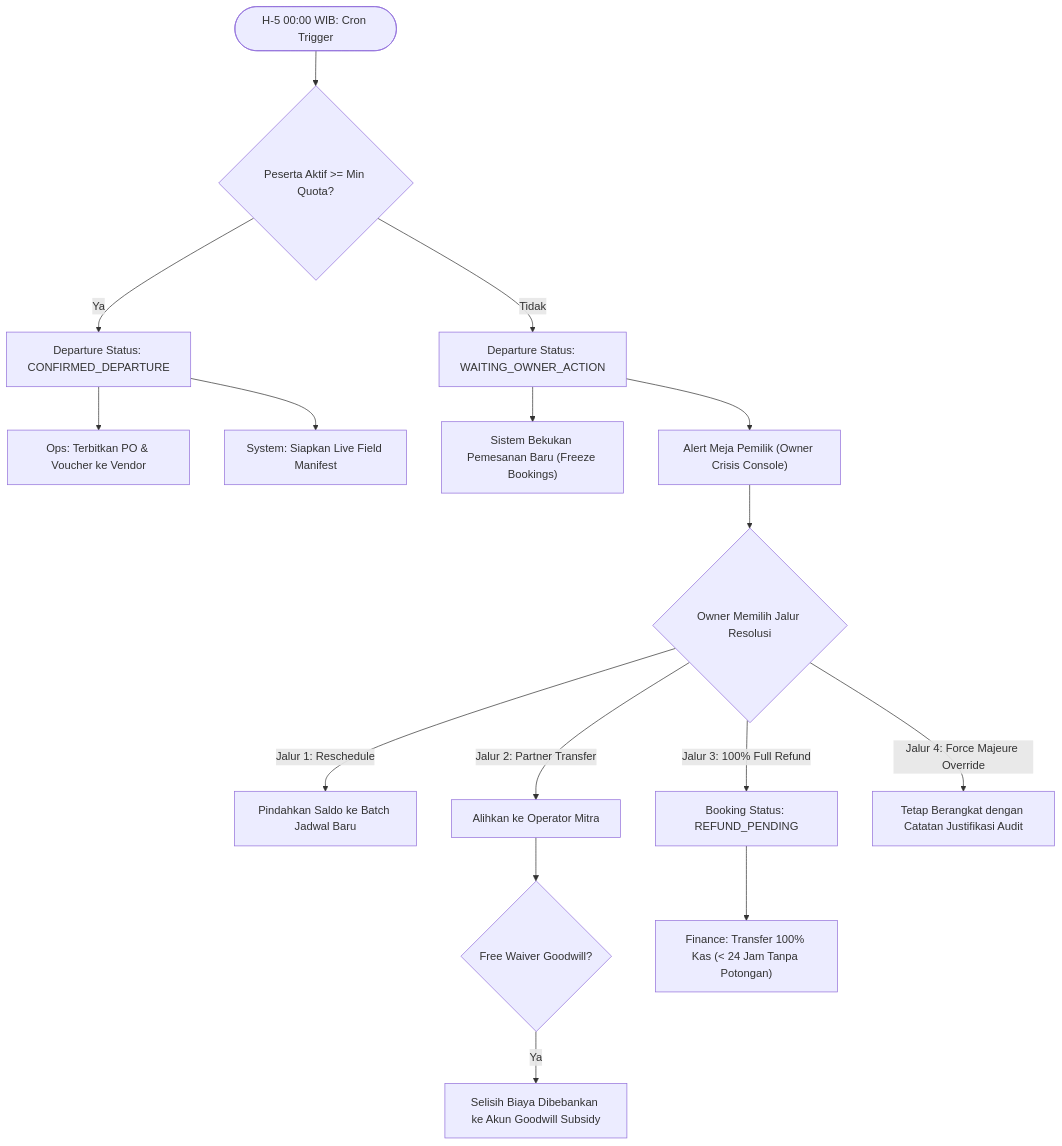
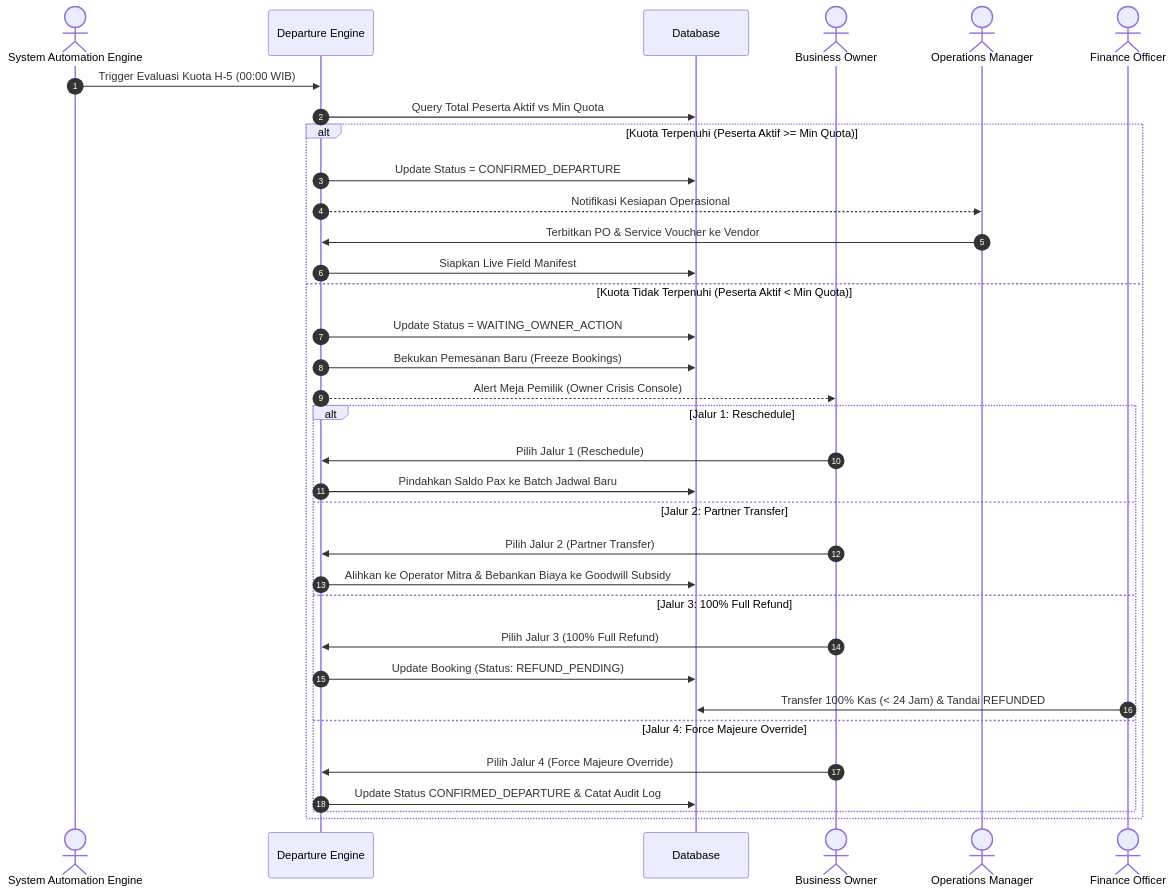
The third of 7 diagrams in development/mvp-1/01_PRD.md (mfauzanfikri/tms-docs), drawn with Mermaid before and after one commit. The commit also changed other lines of this file, not shown here.

Commit message:
docs: standardize journey and state diagrams to mermaid in MVP-1 PRD

````diff
--- a/development/mvp-1/01_PRD.md
+++ b/development/mvp-1/01_PRD.md
@@ -160,22 +160,39 @@
 ```mermaid
-flowchart TD
-    Start(["H-5 00:00 WIB: Cron Trigger"]) --> Eval{"Peserta Aktif >= Min Quota?"}
-    
-    Eval -- Ya --> Conf["Departure Status: CONFIRMED_DEPARTURE"]
-    Conf --> GenPO["Ops: Terbitkan PO & Voucher ke Vendor"]
-    Conf --> GenMani["System: Siapkan Live Field Manifest"]
-    
-    Eval -- Tidak --> Wait["Departure Status: WAITING_OWNER_ACTION"]
-    Wait --> Freeze["Sistem Bekukan Pemesanan Baru (Freeze Bookings)"]
-    Wait --> OwnerConsole["Alert Meja Pemilik (Owner Crisis Console)"]
-    
-    OwnerConsole --> Decision{"Owner Memilih Jalur Resolusi"}
-    
-    Decision -- "Jalur 1: Reschedule" --> Resched["Pindahkan Saldo ke Batch Jadwal Baru"]
-    Decision -- "Jalur 2: Partner Transfer" --> Partner["Alihkan ke Operator Mitra"]
-    Partner --> Waiver{"Free Waiver Goodwill?"}
-    Waiver -- Ya --> Sub["Selisih Biaya Dibebankan ke Akun Goodwill Subsidy"]
-    Decision -- "Jalur 3: 100% Full Refund" --> Ref["Booking Status: REFUND_PENDING"]
-    Ref --> Payout["Finance: Transfer 100% Kas (< 24 Jam Tanpa Potongan)"]
-    Decision -- "Jalur 4: Force Majeure Override" --> Override["Tetap Berangkat dengan Catatan Justifikasi Audit"]
+sequenceDiagram
+    autonumber
+    actor Cron as System Automation Engine
+    participant OpsMod as Departure Engine
+    participant DB as Database
+    actor Owner as Business Owner
+    actor Ops as Operations Manager
+    actor Fin as Finance Officer
+
+    Cron->>OpsMod: Trigger Evaluasi Kuota H-5 (00:00 WIB)
+    OpsMod->>DB: Query Total Peserta Aktif vs Min Quota
+
+    alt Kuota Terpenuhi (Peserta Aktif >= Min Quota)
+        OpsMod->>DB: Update Status = CONFIRMED_DEPARTURE
+        OpsMod-->>Ops: Notifikasi Kesiapan Operasional
+        Ops->>OpsMod: Terbitkan PO & Service Voucher ke Vendor
+        OpsMod->>DB: Siapkan Live Field Manifest
+    else Kuota Tidak Terpenuhi (Peserta Aktif < Min Quota)
+        OpsMod->>DB: Update Status = WAITING_OWNER_ACTION
+        OpsMod->>DB: Bekukan Pemesanan Baru (Freeze Bookings)
+        OpsMod-->>Owner: Alert Meja Pemilik (Owner Crisis Console)
+        
+        alt Jalur 1: Reschedule
+            Owner->>OpsMod: Pilih Jalur 1 (Reschedule)
+            OpsMod->>DB: Pindahkan Saldo Pax ke Batch Jadwal Baru
+        else Jalur 2: Partner Transfer
+            Owner->>OpsMod: Pilih Jalur 2 (Partner Transfer)
+            OpsMod->>DB: Alihkan ke Operator Mitra & Bebankan Biaya ke Goodwill Subsidy
+        else Jalur 3: 100% Full Refund
+            Owner->>OpsMod: Pilih Jalur 3 (100% Full Refund)
+            OpsMod->>DB: Update Booking (Status: REFUND_PENDING)
+            Fin->>DB: Transfer 100% Kas (< 24 Jam) & Tandai REFUNDED
+        else Jalur 4: Force Majeure Override
+            Owner->>OpsMod: Pilih Jalur 4 (Force Majeure Override)
+            OpsMod->>DB: Update Status CONFIRMED_DEPARTURE & Catat Audit Log
+        end
+    end
 ```
````
